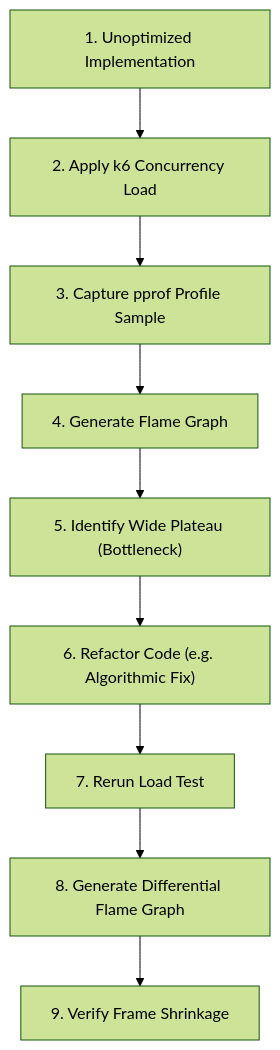
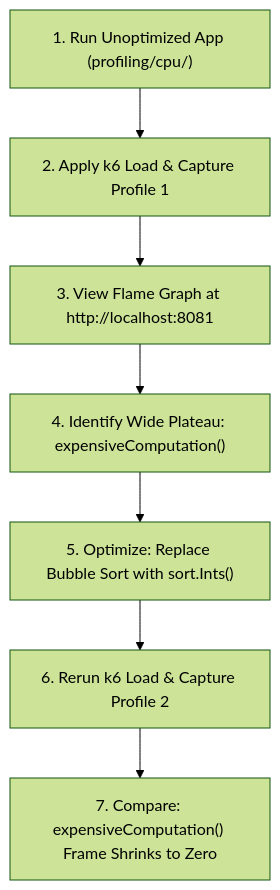
The diagram in profiling/flamegraphs/README.md (sodiqscript111/SRE_toolkit), drawn with Mermaid (forest theme) before and after one commit. The commit also changed other lines of this file and 68 other files, not shown here.

````diff
--- a/profiling/flamegraphs/README.md
+++ b/profiling/flamegraphs/README.md
@@ -52,11 +32,9 @@
 ```mermaid
 flowchart TD
-    A["1. Unoptimized Implementation"] --> B["2. Apply k6 Concurrency Load"]
-    B --> C["3. Capture pprof Profile Sample"]
-    C --> D["4. Generate Flame Graph"]
-    D --> E["5. Identify Wide Plateau (Bottleneck)"]
-    E --> F["6. Refactor Code (e.g. Algorithmic Fix)"]
-    F --> G["7. Rerun Load Test"]
-    G --> H["8. Generate Differential Flame Graph"]
-    H --> I["9. Verify Frame Shrinkage"]
+    A["1. Run Unoptimized App (profiling/cpu/)"] --> B["2. Apply k6 Load & Capture Profile 1"]
+    B --> C["3. View Flame Graph at http://localhost:8081"]
+    C --> D["4. Identify Wide Plateau: expensiveComputation()"]
+    D --> E["5. Optimize: Replace Bubble Sort with sort.Ints()"]
+    E --> F["6. Rerun k6 Load & Capture Profile 2"]
+    F --> G["7. Compare: expensiveComputation() Frame Shrinks to Zero"]
 ```
````
